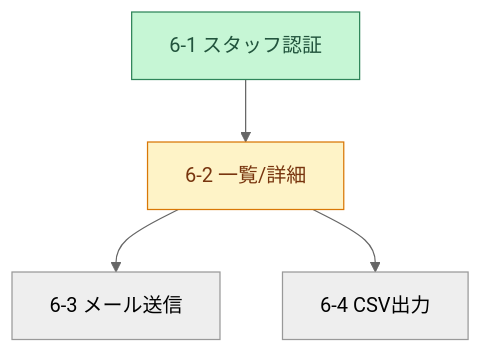
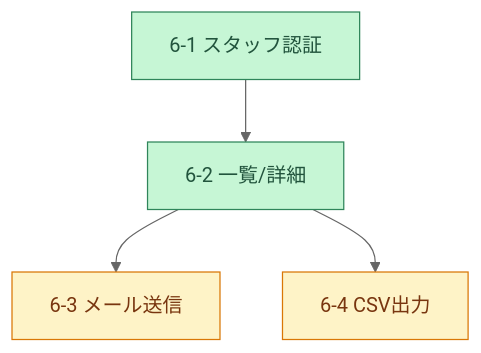
Before and after one commit to m-uesaka/regional-quiz-entry-form: the eighth of 8 diagrams in tasks.md, drawn with Mermaid (neutral theme). The commit also changed other lines of this file, not shown here.

````diff
--- a/tasks.md
+++ b/tasks.md
@@ -161,9 +164,9 @@
 ```mermaid
 graph TD
-  T61["6-1 スタッフ認証"]:::done --> T62["6-2 一覧/詳細"]:::next
-  T62 --> T63["6-3 メール送信"]
-  T62 --> T64["6-4 CSV出力"]
+  T61["6-1 スタッフ認証"]:::done --> T62["6-2 一覧/詳細"]:::done
+  T62 --> T63["6-3 メール送信"]:::next
+  T62 --> T64["6-4 CSV出力"]:::next
 
   classDef done fill:#c6f6d5,stroke:#2f855a,color:#22543d;
   classDef next fill:#fef3c7,stroke:#d97706,color:#78350f;
 ```
````
